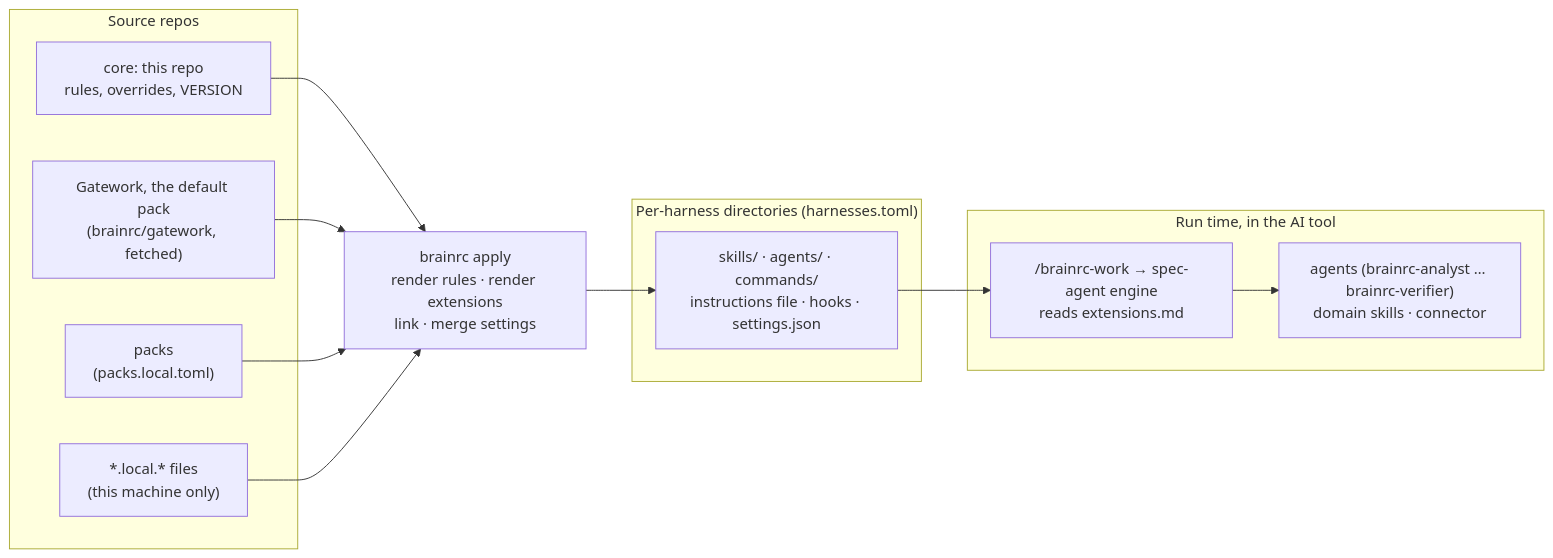
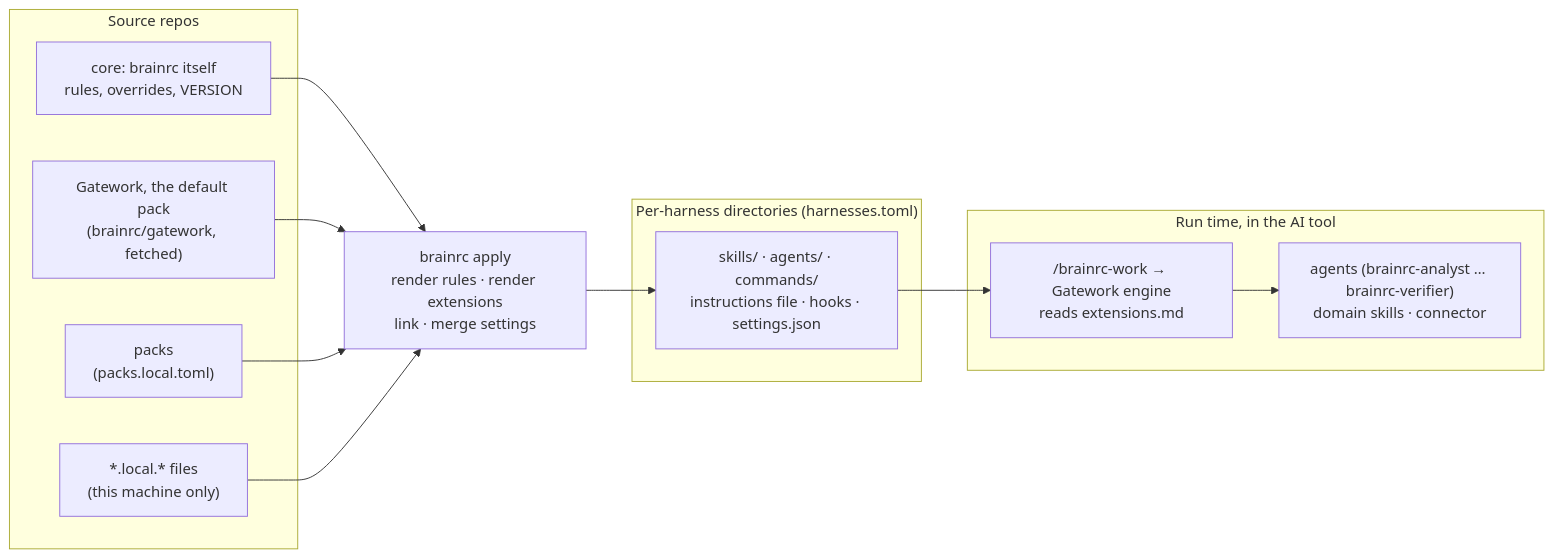
Before and after one commit to brainrc/brainrc: the diagram in docs/architecture.md, drawn with Mermaid. The commit also changed other lines of this file and 38 other files, not shown here.

````diff
--- a/docs/architecture.md
+++ b/docs/architecture.md
@@ -6,24 +7,24 @@
 ```mermaid
 flowchart LR
   subgraph sources["Source repos"]
-    core["core: this repo<br/>rules, overrides, VERSION"]
+    core["core: brainrc itself<br/>rules, overrides, VERSION"]
     gatework["Gatework, the default pack<br/>(brainrc/gatework, fetched)"]
     packs["packs<br/>(packs.local.toml)"]
     local["*.local.* files<br/>(this machine only)"]
   end
   apply["brainrc apply<br/>render rules · render extensions<br/>link · merge settings"]
   subgraph harnesses["Per-harness directories (harnesses.toml)"]
     files["skills/ · agents/ · commands/<br/>instructions file · hooks · settings.json"]
   end
   subgraph run["Run time, in the AI tool"]
-    engine["/brainrc-work → spec-agent engine<br/>reads extensions.md"]
+    engine["/brainrc-work → Gatework engine<br/>reads extensions.md"]
     roles["agents (brainrc-analyst … brainrc-verifier)<br/>domain skills · connector"]
   end
   core --> apply
   gatework --> apply
   packs --> apply
   local --> apply
   apply --> files
   files --> engine
   engine --> roles
 ```
````
